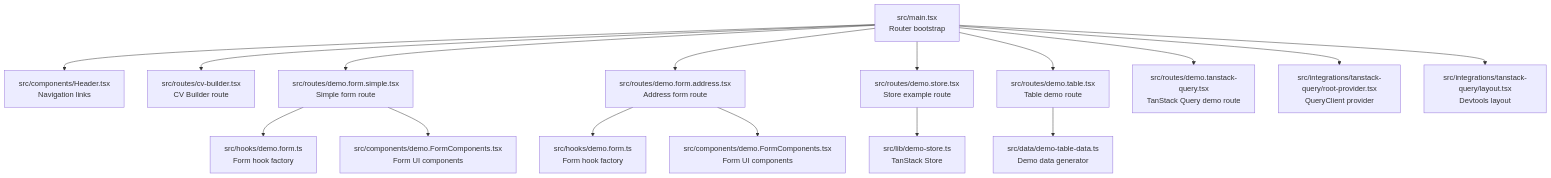
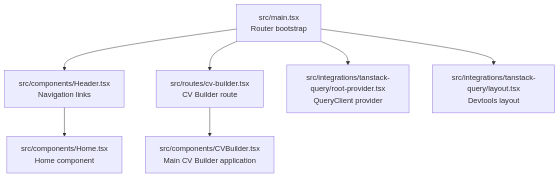
The first of 5 diagrams in .qoder/repowiki/en/content/Developer Tools & Examples/Demo Routes & Navigation.md (DoVuDung/cv-portfolio-builder), drawn with Mermaid before and after one commit. The commit also changed other lines of this file and 8 other files, not shown here.

````diff
--- a/.qoder/repowiki/en/content/Developer Tools & Examples/Demo Routes & Navigation.md
+++ b/.qoder/repowiki/en/content/Developer Tools & Examples/Demo Routes & Navigation.md
@@ -57,18 +43,9 @@
 ```mermaid
 graph TB
 A["src/main.tsx<br/>Router bootstrap"] --> B["src/components/Header.tsx<br/>Navigation links"]
 A --> C["src/routes/cv-builder.tsx<br/>CV Builder route"]
-A --> D["src/routes/demo.form.simple.tsx<br/>Simple form route"]
-A --> E["src/routes/demo.form.address.tsx<br/>Address form route"]
-A --> F["src/routes/demo.store.tsx<br/>Store example route"]
-A --> G["src/routes/demo.table.tsx<br/>Table demo route"]
-A --> H["src/routes/demo.tanstack-query.tsx<br/>TanStack Query demo route"]
-A --> I["src/integrations/tanstack-query/root-provider.tsx<br/>QueryClient provider"]
-A --> J["src/integrations/tanstack-query/layout.tsx<br/>Devtools layout"]
-D --> K["src/hooks/demo.form.ts<br/>Form hook factory"]
-D --> L["src/components/demo.FormComponents.tsx<br/>Form UI components"]
-E --> M["src/hooks/demo.form.ts<br/>Form hook factory"]
-E --> N["src/components/demo.FormComponents.tsx<br/>Form UI components"]
-F --> O["src/lib/demo-store.ts<br/>TanStack Store"]
-G --> P["src/data/demo-table-data.ts<br/>Demo data generator"]
+A --> D["src/integrations/tanstack-query/root-provider.tsx<br/>QueryClient provider"]
+A --> E["src/integrations/tanstack-query/layout.tsx<br/>Devtools layout"]
+B --> F["src/components/Home.tsx<br/>Home component"]
+C --> G["src/components/CVBuilder.tsx<br/>Main CV Builder application"]
 ```
````
